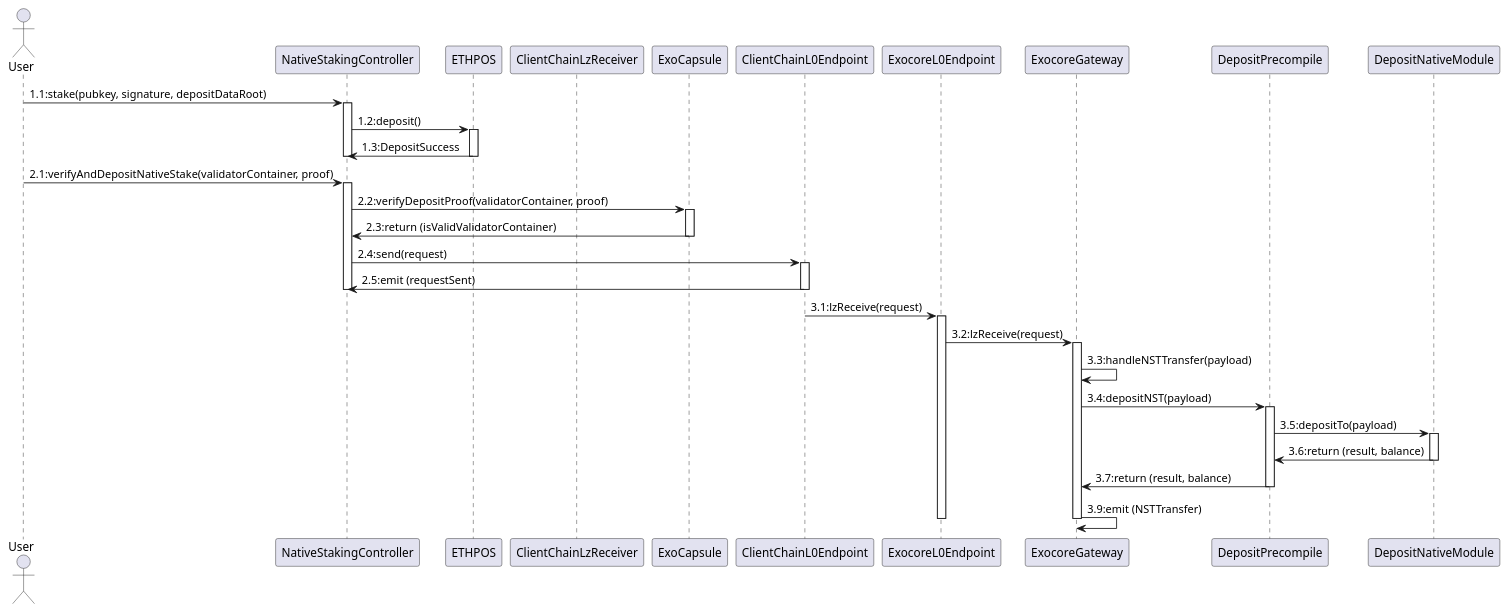
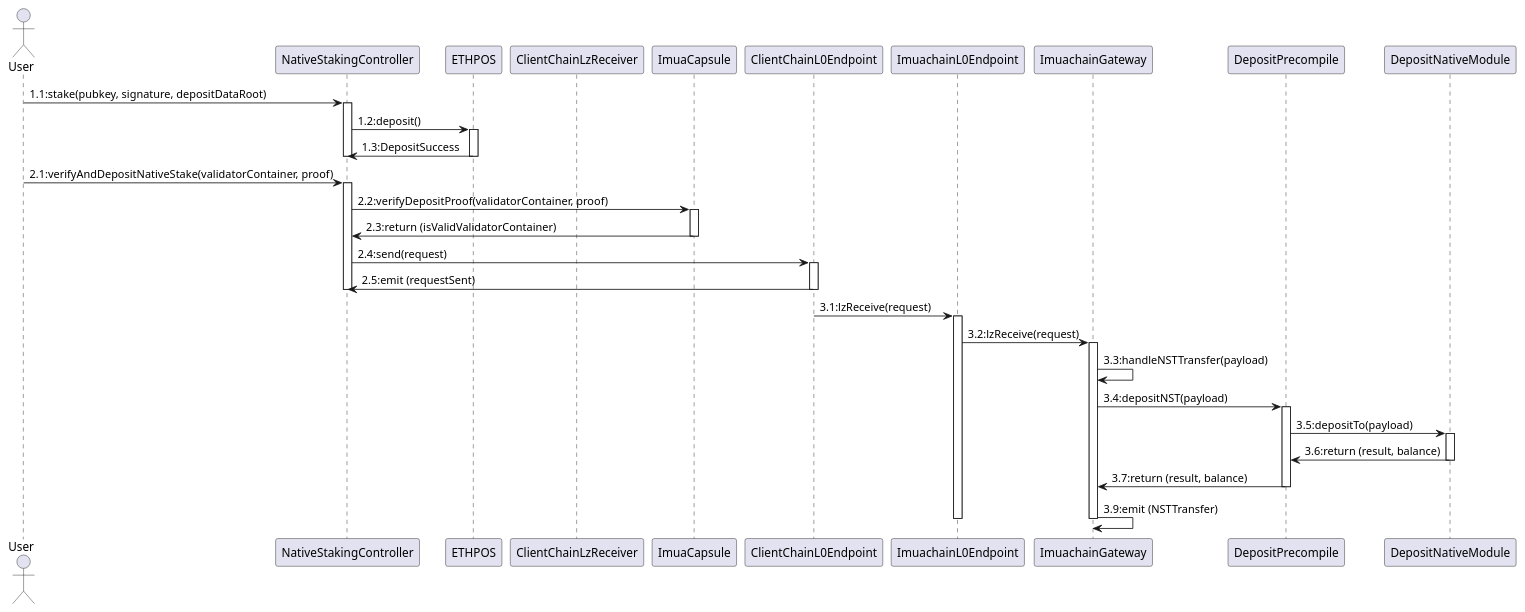
One commit to ExocoreNetwork/exocore-contracts changed the first of 2 diagrams in docs/native_deposit_workflow.wsd. Above: the diagram before and after it, drawn with PlantUML. The commit also changed other lines of this file and 115 other files, not shown here.

Commit message:
refactor: rebrand exo -> imua

```diff
--- a/docs/native_deposit_workflow.wsd
+++ b/docs/native_deposit_workflow.wsd
@@ -3,49 +3,49 @@
 @startuml
 actor User
 participant NativeStakingController
 participant ETHPOS
 participant ClientChainLzReceiver
-participant ExoCapsule
+participant ImuaCapsule
 participant ClientChainL0Endpoint
-participant ExocoreL0Endpoint
-participant ExocoreGateway
+participant ImuachainL0Endpoint
+participant ImuachainGateway
 participant DepositPrecompile
 participant DepositNativeModule
 
 User -> NativeStakingController: 1.1:stake(pubkey, signature, depositDataRoot)
 activate NativeStakingController
 NativeStakingController -> ETHPOS: 1.2:deposit()
 activate ETHPOS
 ETHPOS -> NativeStakingController: 1.3:DepositSuccess
 deactivate ETHPOS
 deactivate NativeStakingController
 
 User -> NativeStakingController: 2.1:verifyAndDepositNativeStake(validatorContainer, proof)
 activate NativeStakingController
-NativeStakingController -> ExoCapsule: 2.2:verifyDepositProof(validatorContainer, proof)
-activate ExoCapsule
-ExoCapsule -> NativeStakingController: 2.3:return (isValidValidatorContainer)
-deactivate ExoCapsule
+NativeStakingController -> ImuaCapsule: 2.2:verifyDepositProof(validatorContainer, proof)
+activate ImuaCapsule
+ImuaCapsule -> NativeStakingController: 2.3:return (isValidValidatorContainer)
+deactivate ImuaCapsule
 NativeStakingController -> ClientChainL0Endpoint: 2.4:send(request)
 activate ClientChainL0Endpoint
 ClientChainL0Endpoint -> NativeStakingController: 2.5:emit (requestSent)
 deactivate ClientChainL0Endpoint
 deactivate NativeStakingController
-ClientChainL0Endpoint -> ExocoreL0Endpoint: 3.1:lzReceive(request)
-activate ExocoreL0Endpoint
-ExocoreL0Endpoint -> ExocoreGateway: 3.2:lzReceive(request)
-activate ExocoreGateway
-ExocoreGateway -> ExocoreGateway: 3.3:handleNSTTransfer(payload)
-ExocoreGateway -> DepositPrecompile: 3.4:depositNST(payload)
+ClientChainL0Endpoint -> ImuachainL0Endpoint: 3.1:lzReceive(request)
+activate ImuachainL0Endpoint
+ImuachainL0Endpoint -> ImuachainGateway: 3.2:lzReceive(request)
+activate ImuachainGateway
+ImuachainGateway -> ImuachainGateway: 3.3:handleNSTTransfer(payload)
+ImuachainGateway -> DepositPrecompile: 3.4:depositNST(payload)
 activate DepositPrecompile
 DepositPrecompile -> DepositNativeModule: 3.5:depositTo(payload)
 activate DepositNativeModule
 DepositNativeModule -> DepositPrecompile: 3.6:return (result, balance)
 deactivate DepositNativeModule
-DepositPrecompile -> ExocoreGateway: 3.7:return (result, balance)
+DepositPrecompile -> ImuachainGateway: 3.7:return (result, balance)
 deactivate DepositPrecompile
-ExocoreGateway -> ExocoreGateway: 3.9:emit (NSTTransfer)
-deactivate ExocoreGateway
-deactivate ExocoreL0Endpoint
+ImuachainGateway -> ImuachainGateway: 3.9:emit (NSTTransfer)
+deactivate ImuachainGateway
+deactivate ImuachainL0Endpoint
 
 @enduml
```
